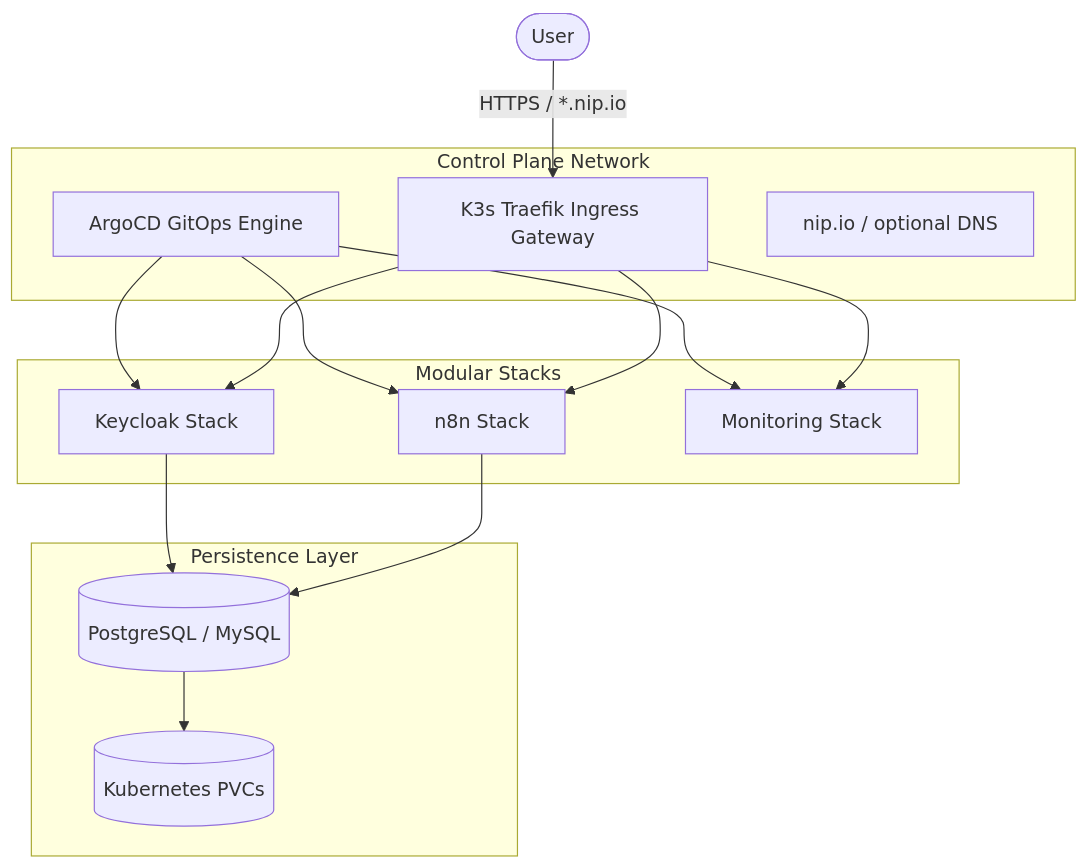
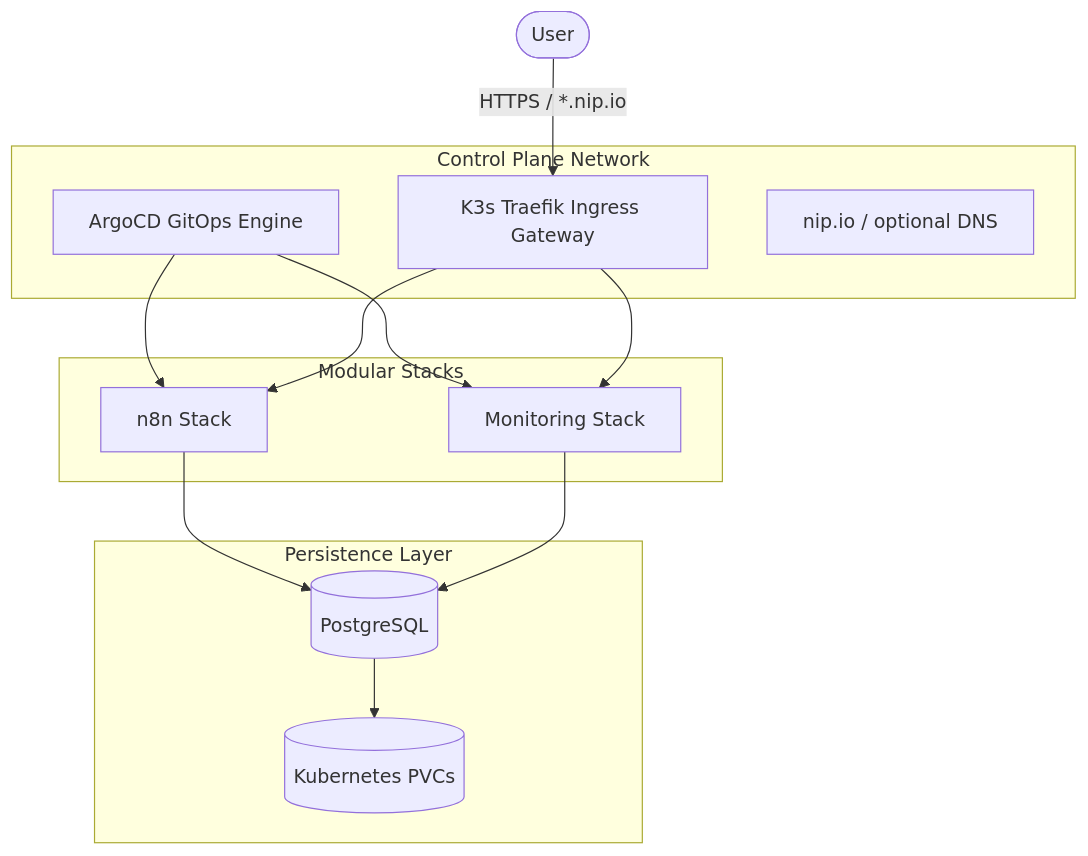
The diagram in README.md (chinmaymjog/k3s-argocd-sandbox), drawn with Mermaid before and after one commit. The commit also changed other lines of this file and 20 other files, not shown here.

````diff
--- a/README.md
+++ b/README.md
@@ -13,34 +13,31 @@
 ```mermaid
 graph TD
 	User([User]) -->|HTTPS / *.nip.io| Traefik[K3s Traefik Ingress Gateway]
 
 	subgraph "Control Plane Network"
 		Traefik
 		ArgoCD[ArgoCD GitOps Engine]
 		DNS[nip.io / optional DNS]
 	end
 
 	subgraph "Modular Stacks"
-		App1[Keycloak Stack]
-		App2[n8n Stack]
-		App3[Monitoring Stack]
+		App1[n8n Stack]
+		App2[Monitoring Stack]
 	end
 
 	subgraph "Persistence Layer"
-		DB[(PostgreSQL / MySQL)]
+		DB[(PostgreSQL)]
 		Vol[(Kubernetes PVCs)]
 	end
 
 	ArgoCD --> App1
 	ArgoCD --> App2
-	ArgoCD --> App3
 
 	Traefik --> App1
 	Traefik --> App2
-	Traefik --> App3
 
 	App1 --> DB
 	App2 --> DB
 
 	DB --> Vol
 ```
````
